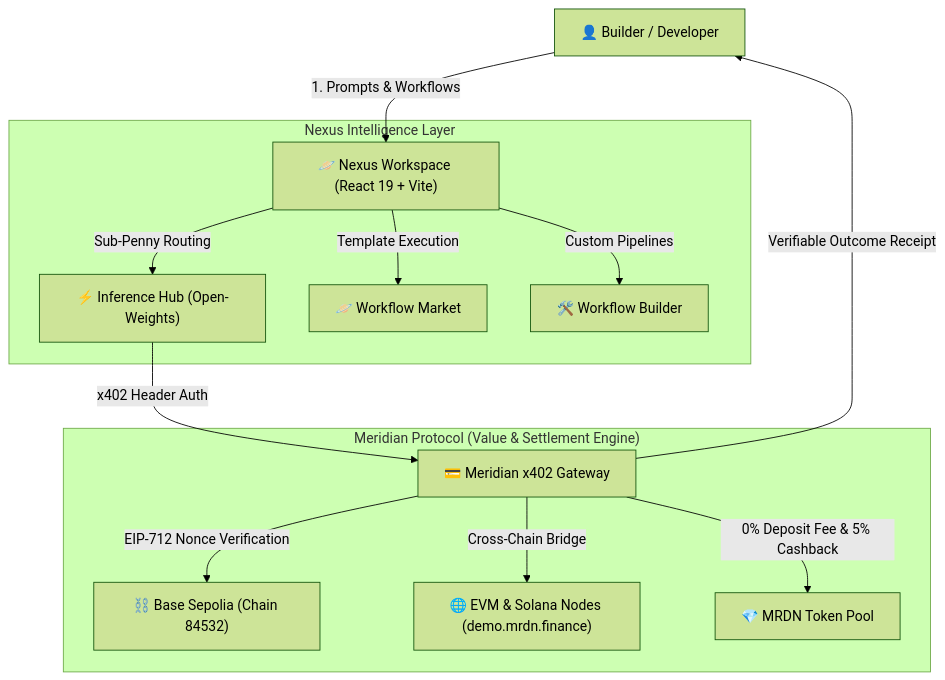
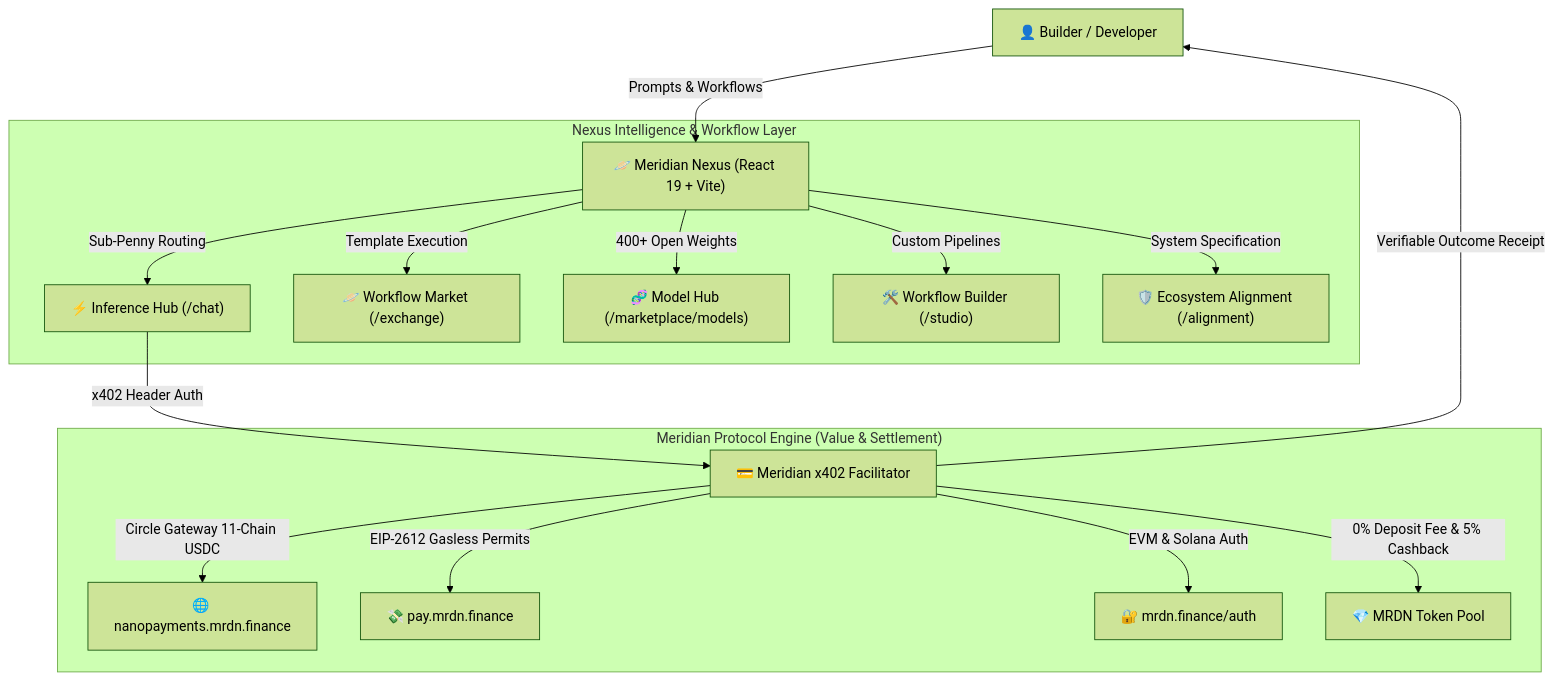
One commit to johnparente97/M.NexusPhase1 changed the diagram in README.md. Above: the diagram before and after it, drawn with Mermaid (forest theme). The commit also changed other lines of this file and 14 other files, not shown here.

````diff
--- a/README.md
+++ b/README.md
@@ -14,19 +19,22 @@
 ```mermaid
 graph TD
-    User["👤 Builder / Developer"] -->|1. Prompts & Workflows| NexusUI["🪐 Nexus Workspace (React 19 + Vite)"]
+    User["👤 Builder / Developer"] -->|Prompts & Workflows| NexusUI["🪐 Meridian Nexus (React 19 + Vite)"]
     
-    subgraph "Nexus Intelligence Layer"
-        NexusUI -->|Sub-Penny Routing| InfHub["⚡ Inference Hub (Open-Weights)"]
-        NexusUI -->|Template Execution| WFMarket["🪐 Workflow Market"]
-        NexusUI -->|Custom Pipelines| Studio["🛠️ Workflow Builder"]
+    subgraph "Nexus Intelligence & Workflow Layer"
+        NexusUI -->|Sub-Penny Routing| InfHub["⚡ Inference Hub (/chat)"]
+        NexusUI -->|Template Execution| WFMarket["🪐 Workflow Market (/exchange)"]
+        NexusUI -->|400+ Open Weights| ModelHub["🧬 Model Hub (/marketplace/models)"]
+        NexusUI -->|Custom Pipelines| Studio["🛠️ Workflow Builder (/studio)"]
+        NexusUI -->|System Specification| AlignPage["🛡️ Ecosystem Alignment (/alignment)"]
     end
 
-    subgraph "Meridian Protocol (Value & Settlement Engine)"
-        InfHub -->|x402 Header Auth| x402Gate["💳 Meridian x402 Gateway"]
-        x402Gate -->|EIP-712 Nonce Verification| BaseSepolia["⛓️ Base Sepolia (Chain 84532)"]
-        x402Gate -->|Cross-Chain Bridge| MultiChain["🌐 EVM & Solana Nodes (demo.mrdn.finance)"]
+    subgraph "Meridian Protocol Engine (Value & Settlement)"
+        InfHub -->|x402 Header Auth| x402Gate["💳 Meridian x402 Facilitator"]
+        x402Gate -->|Circle Gateway 11-Chain USDC| Nanopayments["🌐 nanopayments.mrdn.finance"]
+        x402Gate -->|EIP-2612 Gasless Permits| Mpay["💸 pay.mrdn.finance"]
+        x402Gate -->|EVM & Solana Auth| CmdCentre["🔐 mrdn.finance/auth"]
         x402Gate -->|0% Deposit Fee & 5% Cashback| MRDNToken["💎 MRDN Token Pool"]
     end
 
     x402Gate -->|Verifiable Outcome Receipt| User
 ```
````
